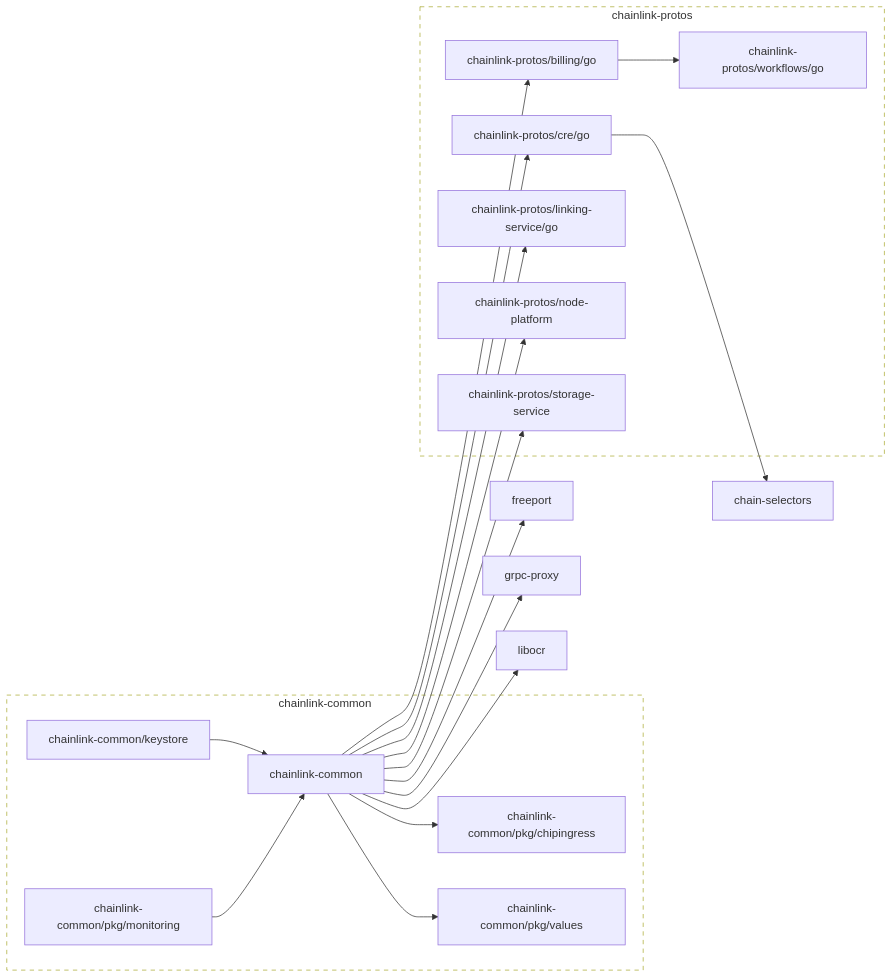
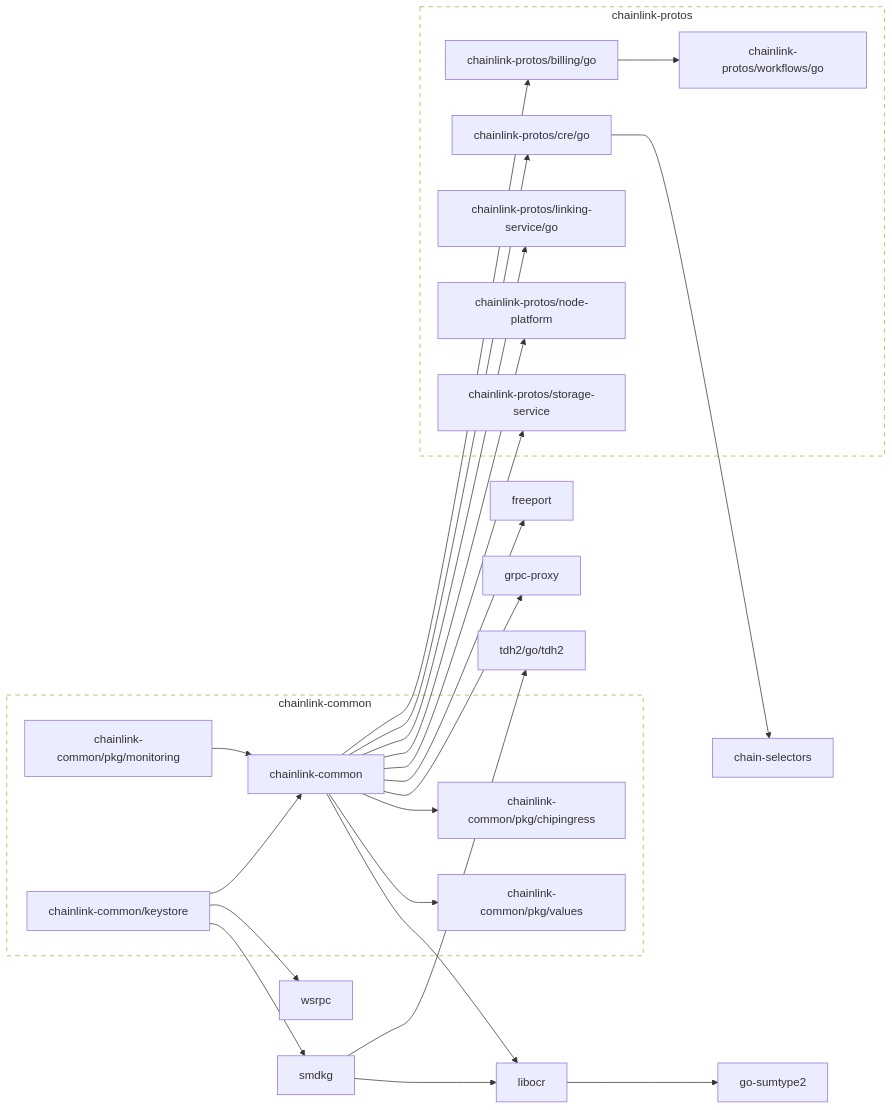
Before and after one commit to smartcontractkit/chainlink-common: the diagram in go.md, drawn with Mermaid. The commit also changed 125 other files, not shown here.

````diff
--- a/go.md
+++ b/go.md
@@ -2,65 +2,76 @@
 ```mermaid
 flowchart LR
 
 	chain-selectors
 	click chain-selectors href "https://github.com/smartcontractkit/chain-selectors"
 	chainlink-common --> chainlink-common/pkg/chipingress
 	chainlink-common --> chainlink-common/pkg/values
 	chainlink-common --> chainlink-protos/billing/go
 	chainlink-common --> chainlink-protos/cre/go
 	chainlink-common --> chainlink-protos/linking-service/go
 	chainlink-common --> chainlink-protos/node-platform
 	chainlink-common --> chainlink-protos/storage-service
 	chainlink-common --> freeport
 	chainlink-common --> grpc-proxy
 	chainlink-common --> libocr
 	click chainlink-common href "https://github.com/smartcontractkit/chainlink-common"
 	chainlink-common/keystore --> chainlink-common
+	chainlink-common/keystore --> smdkg
+	chainlink-common/keystore --> wsrpc
 	click chainlink-common/keystore href "https://github.com/smartcontractkit/chainlink-common"
 	chainlink-common/pkg/chipingress
 	click chainlink-common/pkg/chipingress href "https://github.com/smartcontractkit/chainlink-common"
 	chainlink-common/pkg/monitoring --> chainlink-common
 	click chainlink-common/pkg/monitoring href "https://github.com/smartcontractkit/chainlink-common"
 	chainlink-common/pkg/values
 	click chainlink-common/pkg/values href "https://github.com/smartcontractkit/chainlink-common"
 	chainlink-protos/billing/go --> chainlink-protos/workflows/go
 	click chainlink-protos/billing/go href "https://github.com/smartcontractkit/chainlink-protos"
 	chainlink-protos/cre/go --> chain-selectors
 	click chainlink-protos/cre/go href "https://github.com/smartcontractkit/chainlink-protos"
 	chainlink-protos/linking-service/go
 	click chainlink-protos/linking-service/go href "https://github.com/smartcontractkit/chainlink-protos"
 	chainlink-protos/node-platform
 	click chainlink-protos/node-platform href "https://github.com/smartcontractkit/chainlink-protos"
 	chainlink-protos/storage-service
 	click chainlink-protos/storage-service href "https://github.com/smartcontractkit/chainlink-protos"
 	chainlink-protos/workflows/go
 	click chainlink-protos/workflows/go href "https://github.com/smartcontractkit/chainlink-protos"
 	freeport
 	click freeport href "https://github.com/smartcontractkit/freeport"
+	go-sumtype2
+	click go-sumtype2 href "https://github.com/smartcontractkit/go-sumtype2"
 	grpc-proxy
 	click grpc-proxy href "https://github.com/smartcontractkit/grpc-proxy"
-	libocr
+	libocr --> go-sumtype2
 	click libocr href "https://github.com/smartcontractkit/libocr"
+	smdkg --> libocr
+	smdkg --> tdh2/go/tdh2
+	click smdkg href "https://github.com/smartcontractkit/smdkg"
+	tdh2/go/tdh2
+	click tdh2/go/tdh2 href "https://github.com/smartcontractkit/tdh2"
+	wsrpc
+	click wsrpc href "https://github.com/smartcontractkit/wsrpc"
 
 	subgraph chainlink-common-repo[chainlink-common]
 		 chainlink-common
 		 chainlink-common/keystore
 		 chainlink-common/pkg/chipingress
 		 chainlink-common/pkg/monitoring
 		 chainlink-common/pkg/values
 	end
 	click chainlink-common-repo href "https://github.com/smartcontractkit/chainlink-common"
 
 	subgraph chainlink-protos-repo[chainlink-protos]
 		 chainlink-protos/billing/go
 		 chainlink-protos/cre/go
 		 chainlink-protos/linking-service/go
 		 chainlink-protos/node-platform
 		 chainlink-protos/storage-service
 		 chainlink-protos/workflows/go
 	end
 	click chainlink-protos-repo href "https://github.com/smartcontractkit/chainlink-protos"
 
 	classDef outline stroke-dasharray:6,fill:none;
 	class chainlink-common-repo,chainlink-protos-repo outline
 ```
````
